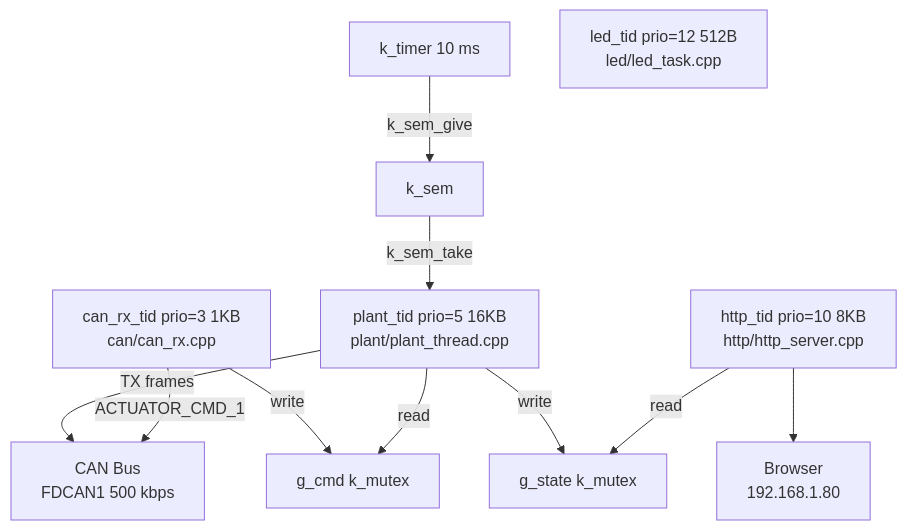
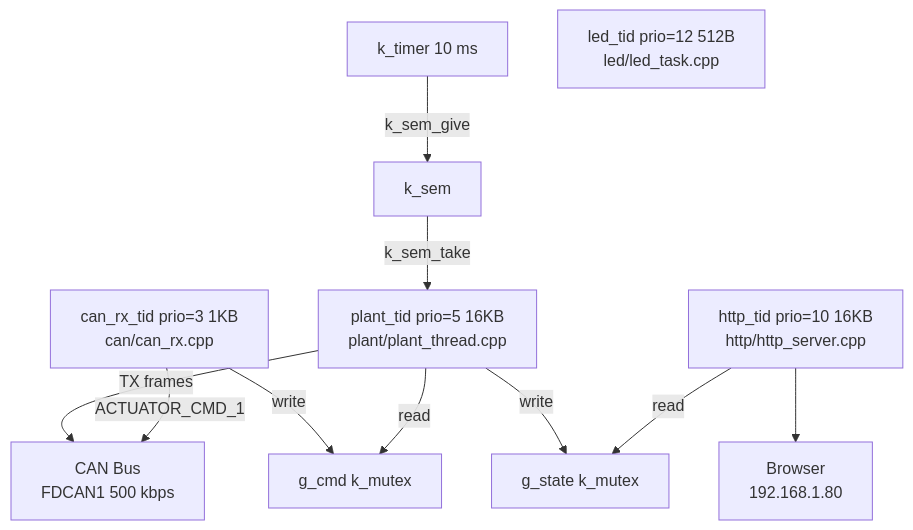
Before and after one commit to mtilocca/vehicle-Dynamics-Sim-Can: the fourth of 4 diagrams in docs/index.md, drawn with Mermaid. The commit also changed other lines of this file and 13 other files, not shown here.

````diff
--- a/docs/index.md
+++ b/docs/index.md
@@ -594,23 +594,23 @@
 ```mermaid
 graph TD
     TIMER["k_timer 10 ms"]
     SEM["k_sem"]
     PLANT["plant_tid  prio=5  16KB\nplant/plant_thread.cpp"]
     CANRX["can_rx_tid  prio=3  1KB\ncan/can_rx.cpp"]
-    HTTP["http_tid  prio=10  8KB\nhttp/http_server.cpp"]
+    HTTP["http_tid  prio=10  16KB\nhttp/http_server.cpp"]
     LED["led_tid  prio=12  512B\nled/led_task.cpp"]
     GCMD["g_cmd  k_mutex"]
     GSTATE["g_state  k_mutex"]
     BUS["CAN Bus\nFDCAN1 500 kbps"]
     ETH["Browser\n192.168.1.80"]
 
     TIMER -->|k_sem_give| SEM
     SEM -->|k_sem_take| PLANT
     CANRX -->|write| GCMD
     PLANT -->|read| GCMD
     PLANT -->|write| GSTATE
     HTTP -->|read| GSTATE
     PLANT -->|TX frames| BUS
     CANRX -->|ACTUATOR_CMD_1| BUS
     HTTP --> ETH
 ```
````
